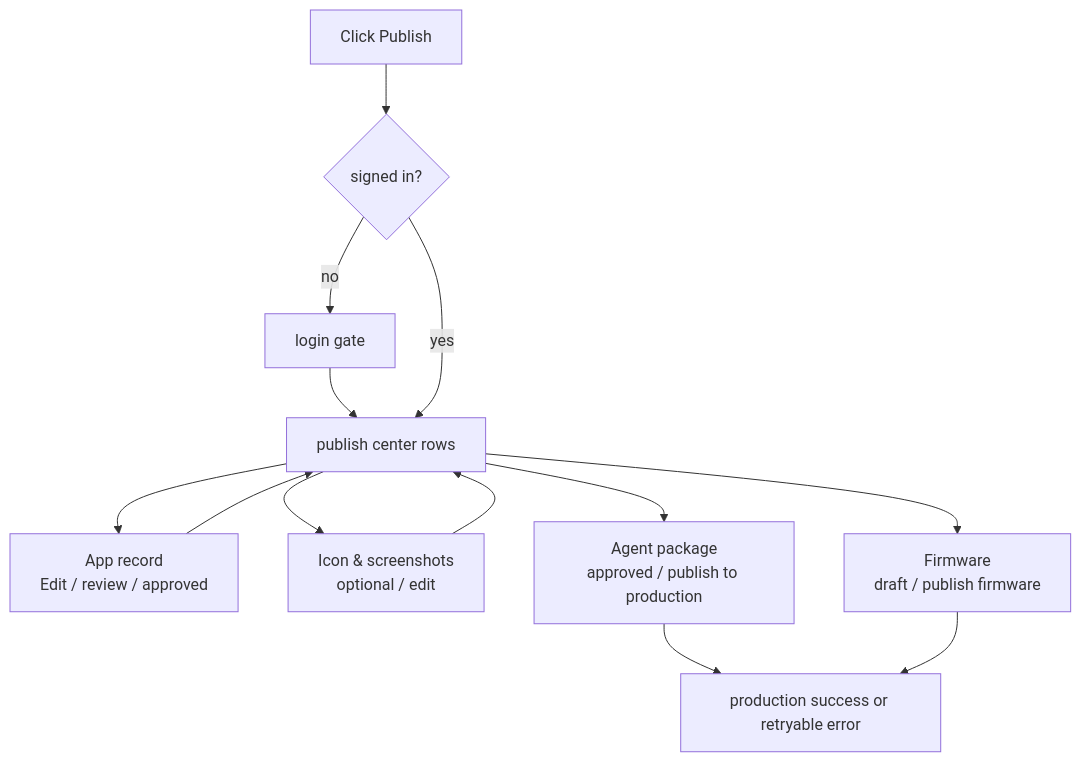
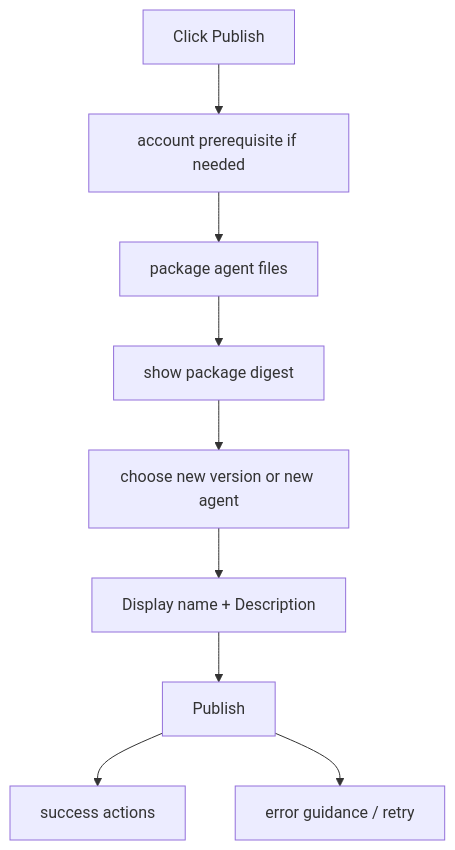
Before and after one commit to mynoraai/nora-harness-client: the second of 2 diagrams in ui-contracts/agent-authoring/authoring-runtime.md, drawn with Mermaid. The commit also changed other lines of this file and 16 other files, not shown here.

````diff
--- a/ui-contracts/agent-authoring/authoring-runtime.md
+++ b/ui-contracts/agent-authoring/authoring-runtime.md
@@ -69,15 +69,11 @@
 ```mermaid
 flowchart TD
-  Open["Click Publish"] --> Auth{"signed in?"}
-  Auth -- "no" --> Login["login gate"]
-  Login --> Center["publish center rows"]
-  Auth -- "yes" --> Center
-  Center --> App["App record<br/>Edit / review / approved"]
-  Center --> Media["Icon & screenshots<br/>optional / edit"]
-  Center --> Package["Agent package<br/>approved / publish to production"]
-  Center --> Firmware["Firmware<br/>draft / publish firmware"]
-  App --> Center
-  Media --> Center
-  Package --> Success["production success or retryable error"]
-  Firmware --> Success
+  Open["Click Publish"] --> Account["account prerequisite if needed"]
+  Account --> Build["package agent files"]
+  Build --> Digest["show package digest"]
+  Digest --> Mode["choose new version or new agent"]
+  Mode --> Fields["Display name + Description"]
+  Fields --> Submit["Publish"]
+  Submit --> Success["success actions"]
+  Submit --> Error["error guidance / retry"]
 ```
````
